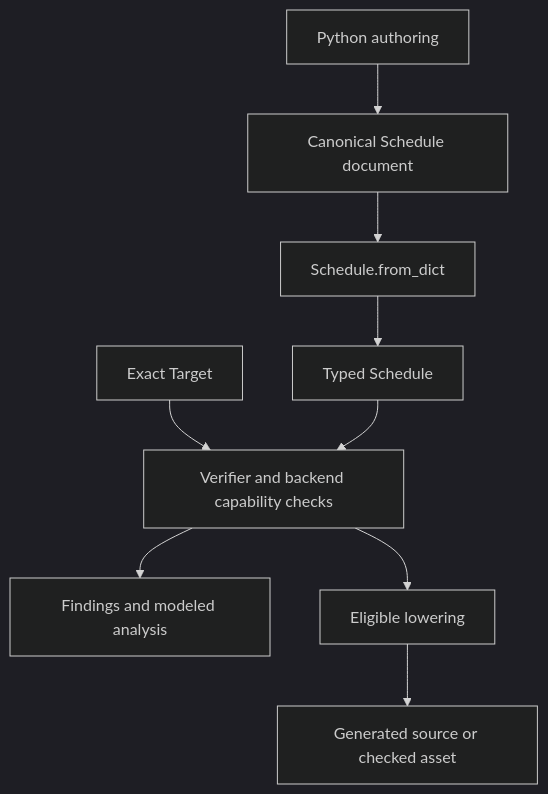
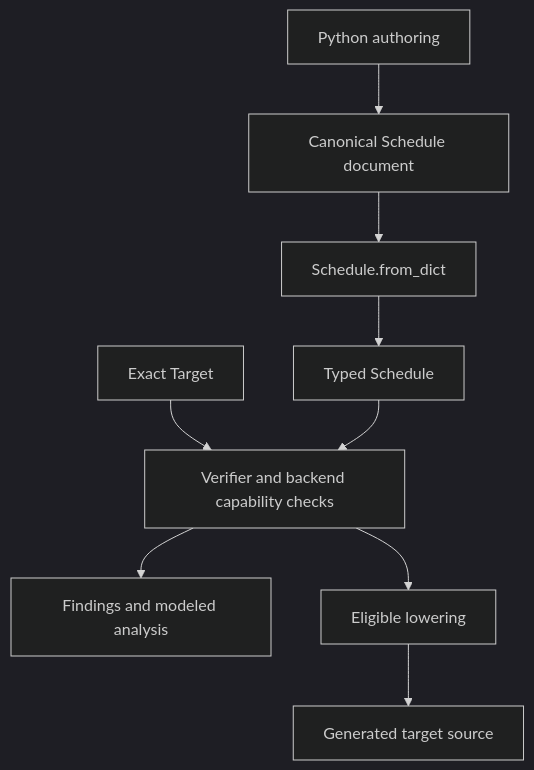
Before and after one commit to qhy991/open-cake-ir: the diagram in docs/IR_GUIDE.md, drawn with Mermaid (dark theme). The commit also changed other lines of this file and 22 other files, not shown here.

Commit message:
Complete architecture consumer wiring and current ownership contracts

````diff
--- a/docs/IR_GUIDE.md
+++ b/docs/IR_GUIDE.md
@@ -21,11 +21,11 @@
 ```mermaid
 flowchart TD
     P[Python authoring] --> J[Canonical Schedule document]
     J --> I[Schedule.from_dict]
     I --> S[Typed Schedule]
     T[Exact Target] --> V[Verifier and backend capability checks]
     S --> V
     V --> A[Findings and modeled analysis]
     V --> L[Eligible lowering]
-    L --> E[Generated source or checked asset]
+    L --> E[Generated target source]
 ```
````
